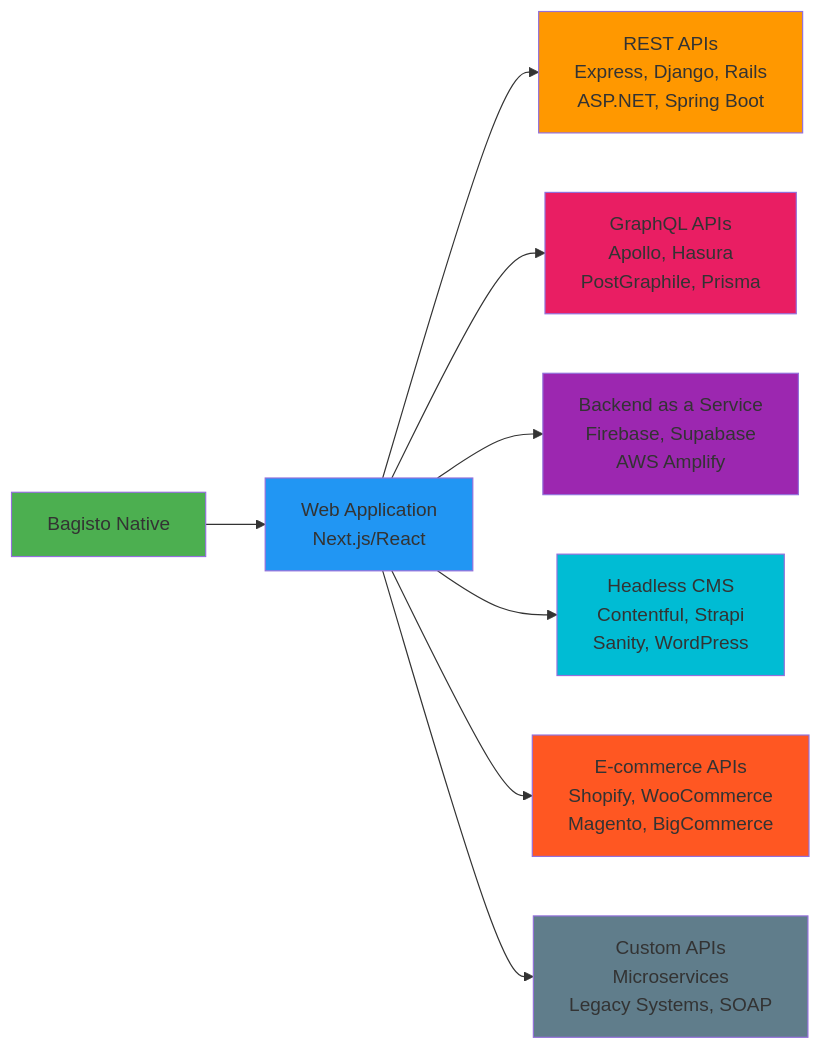
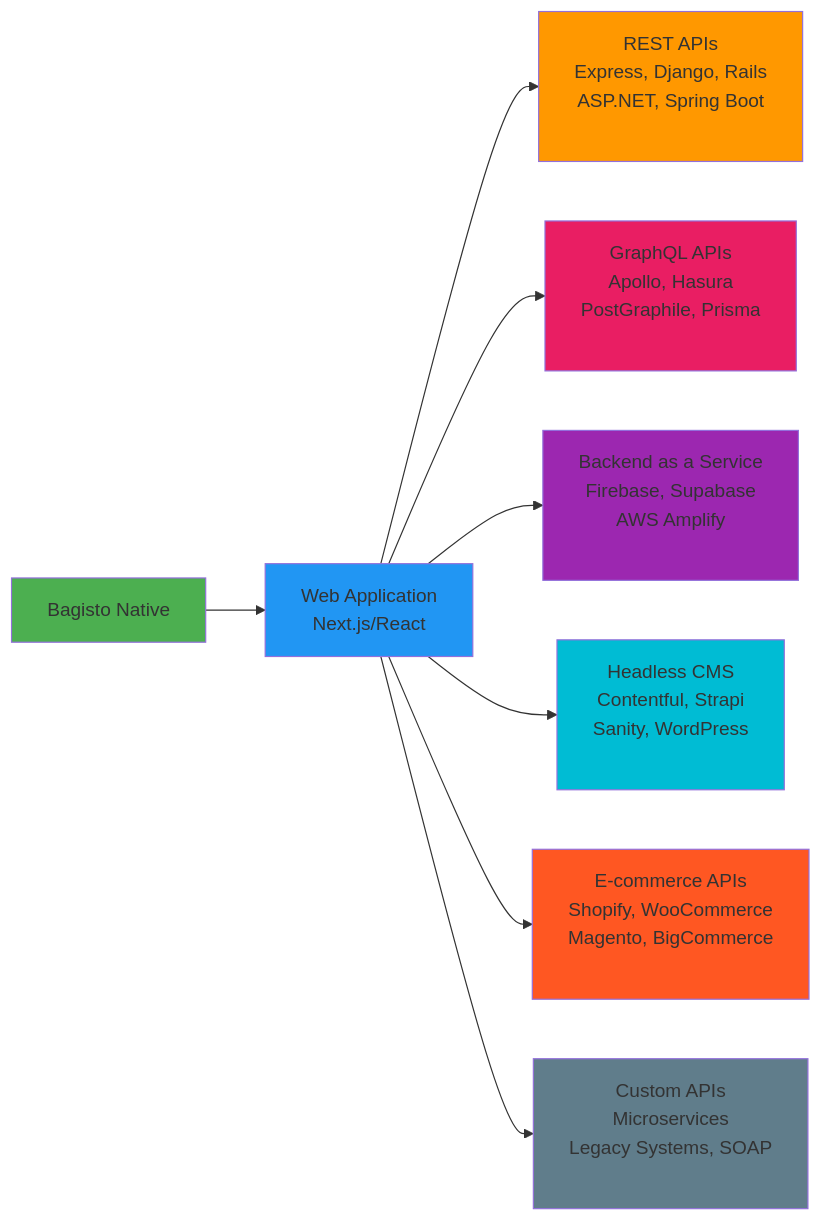
The fourth of 11 diagrams in src/bagisto-native/introduction/what-is-bagisto-native.md (bagisto/bagisto-headless-doc), drawn with Mermaid before and after one commit. The commit also changed other lines of this file and 204 other files, not shown here.

````diff
--- a/src/bagisto-native/introduction/what-is-bagisto-native.md
+++ b/src/bagisto-native/introduction/what-is-bagisto-native.md
@@ -192,20 +205,20 @@
 ```mermaid
 graph LR
     BN[Bagisto Native] --> WebApp[Web Application<br/>Next.js/React]
     
-    WebApp --> REST[REST APIs<br/>Express, Django, Rails<br/>ASP.NET, Spring Boot]
-    WebApp --> GraphQL[GraphQL APIs<br/>Apollo, Hasura<br/>PostGraphile, Prisma]
-    WebApp --> BaaS[Backend as a Service<br/>Firebase, Supabase<br/>AWS Amplify]
-    WebApp --> CMS[Headless CMS<br/>Contentful, Strapi<br/>Sanity, WordPress]
-    WebApp --> Ecommerce[E-commerce APIs<br/>Shopify, WooCommerce<br/>Magento, BigCommerce]
-    WebApp --> Custom[Custom APIs<br/>Microservices<br/>Legacy Systems, SOAP]
+    WebApp --> REST[REST APIs<br/>Express, Django, Rails<br/>ASP.NET, Spring Boot<br><br/> ]
+    WebApp --> GraphQL[GraphQL APIs<br/>Apollo, Hasura<br/>PostGraphile, Prisma<br><br/> ]
+    WebApp --> BaaS[Backend as a Service<br/>Firebase, Supabase<br/>AWS Amplify<br><br/> ]
+    WebApp --> CMS[Headless CMS<br/>Contentful, Strapi<br/>Sanity, WordPress<br><br/> ]
+    WebApp --> Ecommerce[E-commerce APIs<br/>Shopify, WooCommerce<br/>Magento, BigCommerce<br><br/> ]
+    WebApp --> Custom[Custom APIs<br/>Microservices<br/>Legacy Systems, SOAP<br><br/> ]
     
     style BN fill:#4caf50
     style WebApp fill:#2196f3
     style REST fill:#ff9800
     style GraphQL fill:#e91e63
     style BaaS fill:#9c27b0
     style CMS fill:#00bcd4
     style Ecommerce fill:#ff5722
     style Custom fill:#607d8b
 ```
````
